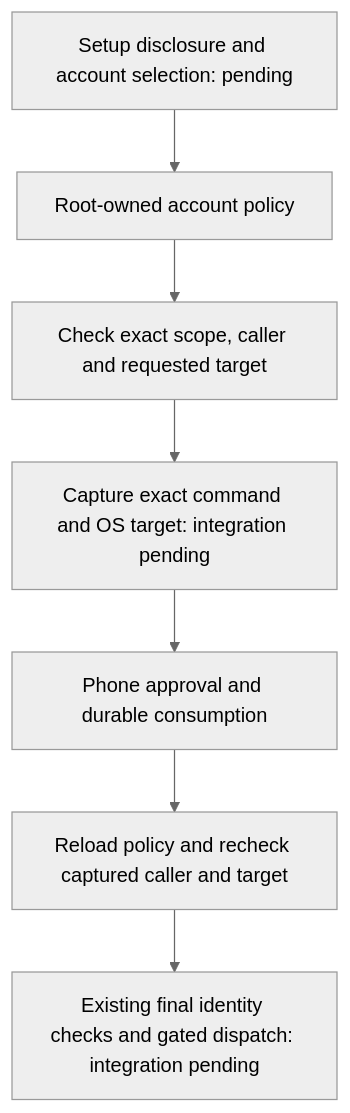
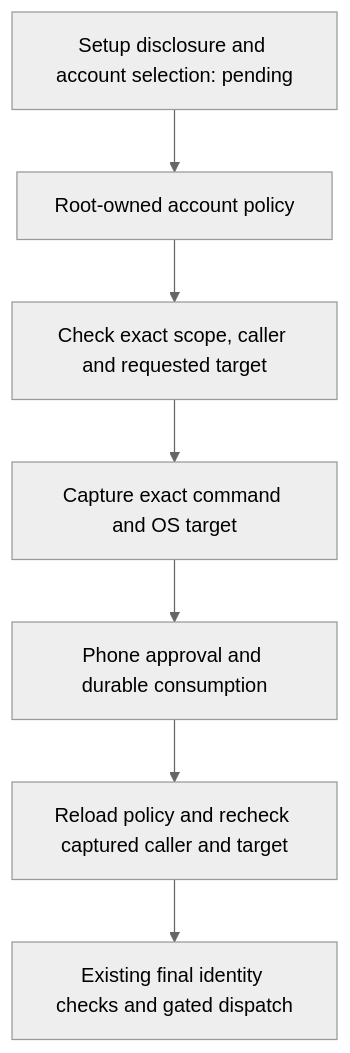
One commit to fourlastor/remozio changed the diagram in docs/macos-command-elevation-policy.md. Above: the diagram before and after it, drawn with Mermaid (neutral theme). The commit also changed other lines of this file and 4 other files, not shown here.

Commit message:
Reload command elevation grants at admission and final execution checks (#300)

````diff
--- a/docs/macos-command-elevation-policy.md
+++ b/docs/macos-command-elevation-policy.md
@@ -27,9 +27,9 @@
 ```mermaid
 flowchart TD
     S[Setup disclosure and account selection: pending] --> P[Root-owned account policy]
     P --> A[Check exact scope, caller and requested target]
-    A --> C[Capture exact command and OS target: integration pending]
+    A --> C[Capture exact command and OS target]
     C --> B[Phone approval and durable consumption]
     B --> R[Reload policy and recheck captured caller and target]
-    R --> E[Existing final identity checks and gated dispatch: integration pending]
+    R --> E[Existing final identity checks and gated dispatch]
 ```
````
